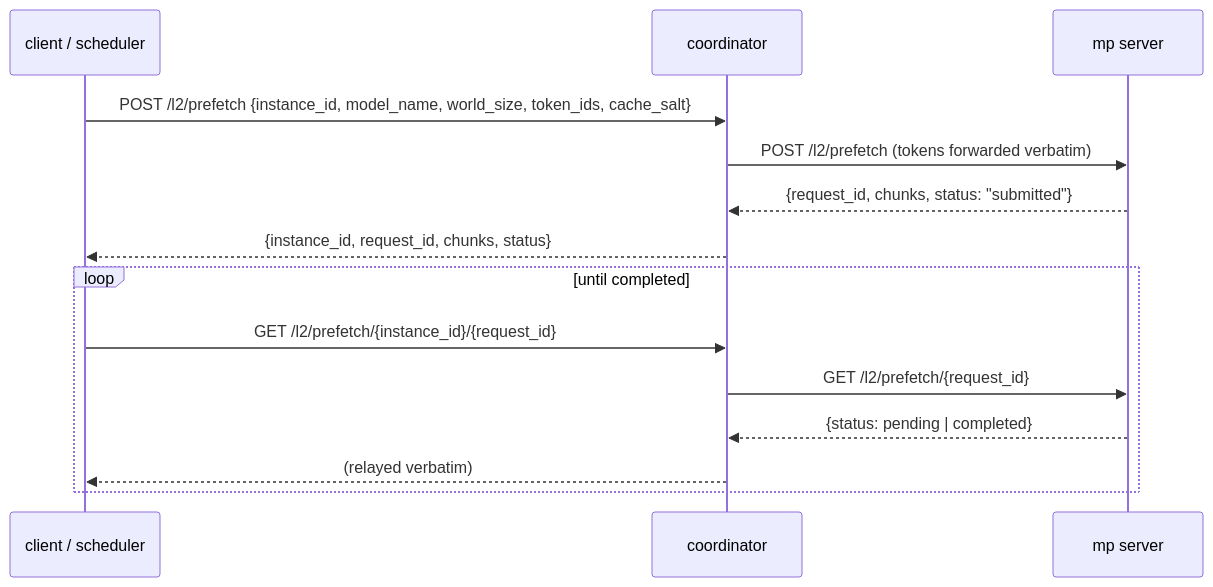
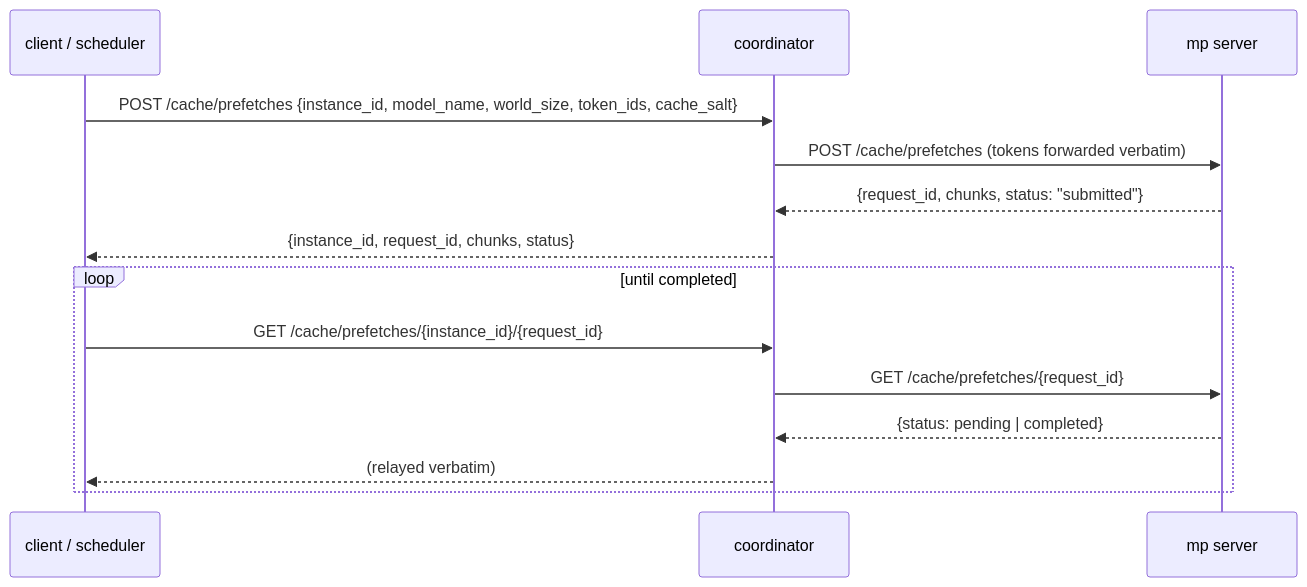
One commit to LMCache/LMCache changed the diagram in docs/design/v1/mp_coordinator/l2_prefetch.md. Above: the diagram before and after it, drawn with Mermaid. The commit also changed other lines of this file and 65 other files, not shown here.

````diff
--- a/docs/design/v1/mp_coordinator/l2_prefetch.md
+++ b/docs/design/v1/mp_coordinator/l2_prefetch.md
@@ -12,17 +12,17 @@
 ```mermaid
 sequenceDiagram
     participant Cl as client / scheduler
     participant Co as coordinator
     participant M as mp server
 
-    Cl->>Co: POST /l2/prefetch {instance_id, model_name, world_size, token_ids, cache_salt}
-    Co->>M: POST /l2/prefetch (tokens forwarded verbatim)
+    Cl->>Co: POST /cache/prefetches {instance_id, model_name, world_size, token_ids, cache_salt}
+    Co->>M: POST /cache/prefetches (tokens forwarded verbatim)
     M-->>Co: {request_id, chunks, status: "submitted"}
     Co-->>Cl: {instance_id, request_id, chunks, status}
     loop until completed
-        Cl->>Co: GET /l2/prefetch/{instance_id}/{request_id}
-        Co->>M: GET /l2/prefetch/{request_id}
+        Cl->>Co: GET /cache/prefetches/{instance_id}/{request_id}
+        Co->>M: GET /cache/prefetches/{request_id}
         M-->>Co: {status: pending | completed}
         Co-->>Cl: (relayed verbatim)
     end
 ```
````
